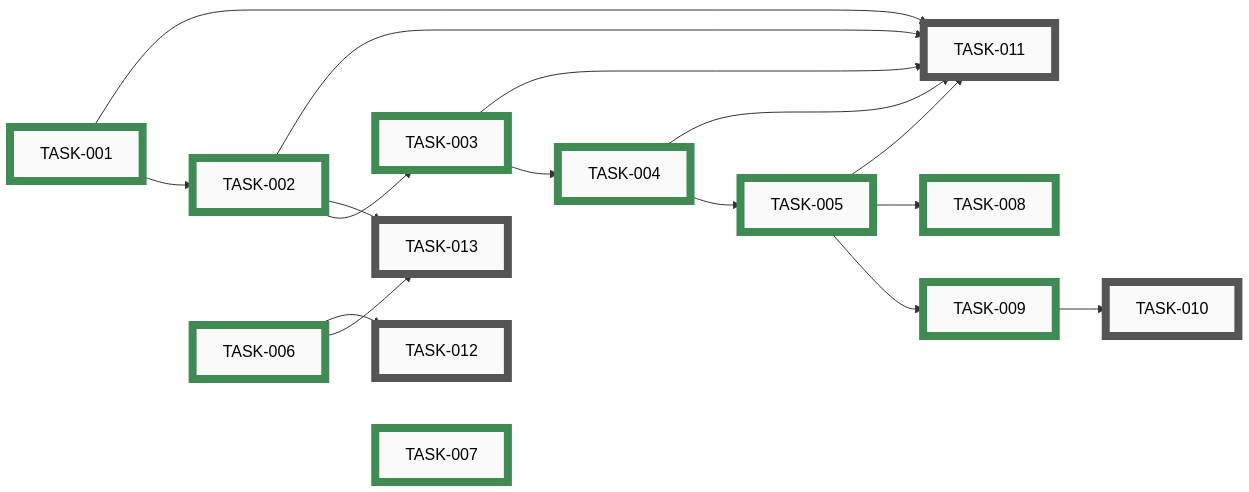
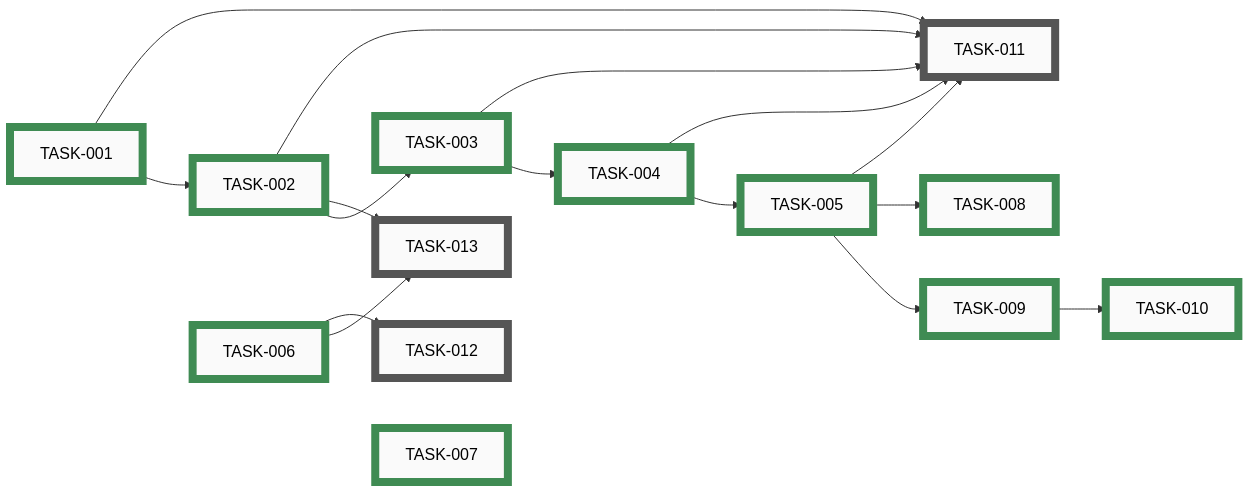
The diagram in docs/developers/tasks/EPICS.md (tgd1975/PartsLedger), drawn with Mermaid before and after one commit. The commit also changed other lines of this file and 6 other files, not shown here.

First line of the commit message:
close TASK-010: Author starter co-* skills for PartsLedger invariants

````diff
--- a/docs/developers/tasks/EPICS.md
+++ b/docs/developers/tasks/EPICS.md
@@ -21,53 +21,53 @@
 ```mermaid
 graph LR
-    TASK_010["TASK-010"]:::open
     TASK_011["TASK-011"]:::open
     TASK_012["TASK-012"]:::open
     TASK_013["TASK-013"]:::open
     TASK_001["TASK-001"]:::closed
     TASK_002["TASK-002"]:::closed
     TASK_003["TASK-003"]:::closed
     TASK_004["TASK-004"]:::closed
     TASK_005["TASK-005"]:::closed
     TASK_006["TASK-006"]:::closed
     TASK_007["TASK-007"]:::closed
     TASK_008["TASK-008"]:::closed
     TASK_009["TASK-009"]:::closed
-    TASK_009 --> TASK_010
+    TASK_010["TASK-010"]:::closed
     TASK_001 --> TASK_011
     TASK_002 --> TASK_011
     TASK_003 --> TASK_011
     TASK_004 --> TASK_011
     TASK_005 --> TASK_011
     TASK_006 --> TASK_012
     TASK_002 --> TASK_013
     TASK_006 --> TASK_013
     TASK_001 --> TASK_002
     TASK_002 --> TASK_003
     TASK_003 --> TASK_004
     TASK_004 --> TASK_005
     TASK_005 --> TASK_008
     TASK_005 --> TASK_009
+    TASK_009 --> TASK_010
     TASK_001 ~~~ TASK_006 ~~~ TASK_007
-    click TASK_010 "open/task-010-codeowner-starter-skills.md"
     click TASK_011 "open/task-011-claude-md-rewrite.md"
     click TASK_012 "open/task-012-epic-run-and-autonomy.md"
     click TASK_013 "open/task-013-apply-branch-protection.md"
     click TASK_001 "closed/task-001-delete-sync-layer.md"
     click TASK_002 "closed/task-002-python-skeleton.md"
     click TASK_003 "closed/task-003-replace-pre-commit.md"
     click TASK_004 "closed/task-004-upgrade-commit-skill.md"
     click TASK_005 "closed/task-005-settings-json.md"
     click TASK_006 "closed/task-006-docs-verbatim-port.md"
     click TASK_007 "closed/task-007-architecture-doc.md"
     click TASK_008 "closed/task-008-security-review-hooks.md"
     click TASK_009 "closed/task-009-codeowner-mechanism.md"
+    click TASK_010 "closed/task-010-codeowner-starter-skills.md"
     classDef open    fill:#FAFAFA,stroke:#555,stroke-width:8px,color:#000
     classDef active  fill:#FAFAFA,stroke:#1A6FA8,stroke-width:8px,color:#000
     classDef closed  fill:#FAFAFA,stroke:#3F8B53,stroke-width:8px,color:#000
     classDef paused  fill:#FAFAFA,stroke:#B07810,stroke-width:8px,color:#000
     classDef openExt    fill:#000,stroke:#888,stroke-width:8px,color:#FFF
     classDef activeExt  fill:#000,stroke:#3FA9F5,stroke-width:8px,color:#FFF
     classDef closedExt  fill:#000,stroke:#7CC68A,stroke-width:8px,color:#FFF
     classDef pausedExt  fill:#000,stroke:#F0B030,stroke-width:8px,color:#FFF
 ```
````
